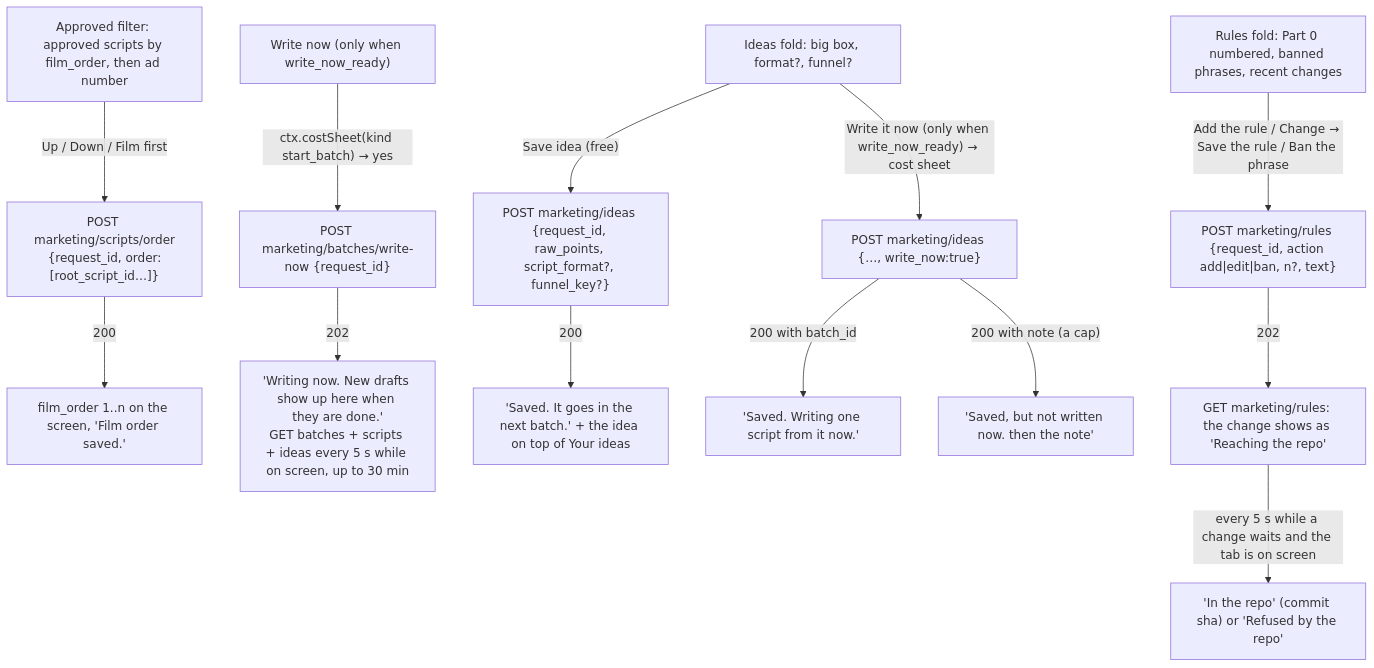
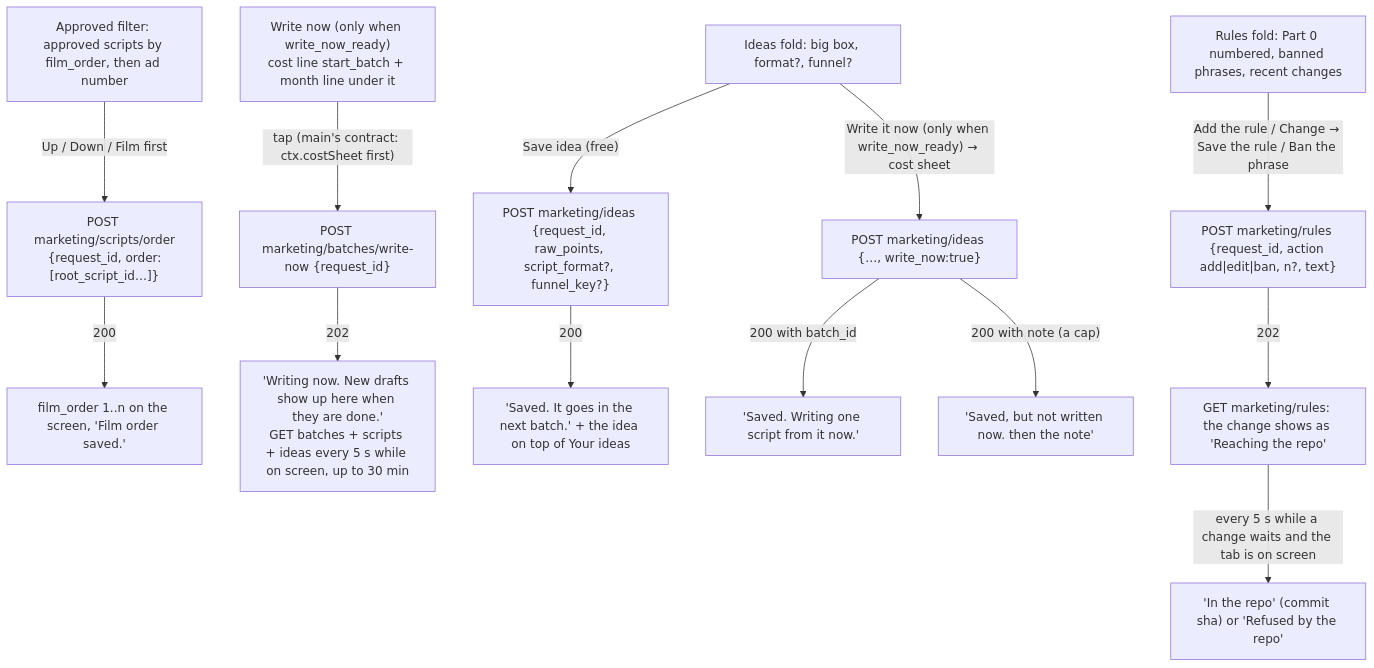
One commit to ZootimusMaximusSupreme/fundhub-platform changed diagram 19 of 19 in docs/journeys/marketing-dashboard-flow.md. Above: the diagram before and after it, drawn with Mermaid. The commit also changed other lines of this file and 6 other files, not shown here.

First line of the commit message:
U36: follow U34's tab contract too (marketing-cc-scripts.js, FHMarketingCCTabs)

````diff
--- a/docs/journeys/marketing-dashboard-flow.md
+++ b/docs/journeys/marketing-dashboard-flow.md
@@ -641,15 +647,15 @@
 ```mermaid
 flowchart TD
   AL["Approved filter: approved scripts by film_order, then ad number"] -->|"Up / Down / Film first"| OR["POST marketing/scripts/order<br/>{request_id, order:[root_script_id…]}"]
   OR -->|"200"| O2["film_order 1..n on the screen, 'Film order saved.'"]
-  WN["Write now (only when write_now_ready)"] -->|"ctx.costSheet(kind start_batch) → yes"| WP["POST marketing/batches/write-now {request_id}"]
+  WN["Write now (only when write_now_ready)<br/>cost line start_batch + month line under it"] -->|"tap (main's contract: ctx.costSheet first)"| WP["POST marketing/batches/write-now {request_id}"]
   WP -->|"202"| W2["'Writing now. New drafts show up here when they are done.'<br/>GET batches + scripts + ideas every 5 s while on screen, up to 30 min"]
   ID["Ideas fold: big box, format?, funnel?"] -->|"Save idea (free)"| IP["POST marketing/ideas {request_id, raw_points, script_format?, funnel_key?}"]
   ID -->|"Write it now (only when write_now_ready) → cost sheet"| IW["POST marketing/ideas {…, write_now:true}"]
   IP -->|"200"| I2["'Saved. It goes in the next batch.' + the idea on top of Your ideas"]
   IW -->|"200 with batch_id"| I3["'Saved. Writing one script from it now.'"]
   IW -->|"200 with note (a cap)"| I4["'Saved, but not written now. then the note'"]
   RU["Rules fold: Part 0 numbered, banned phrases, recent changes"] -->|"Add the rule / Change → Save the rule / Ban the phrase"| RP["POST marketing/rules {request_id, action add|edit|ban, n?, text}"]
   RP -->|"202"| R2["GET marketing/rules: the change shows as 'Reaching the repo'"]
   R2 -->|"every 5 s while a change waits and the tab is on screen"| R3["'In the repo' (commit sha) or 'Refused by the repo'"]
 ```
````
